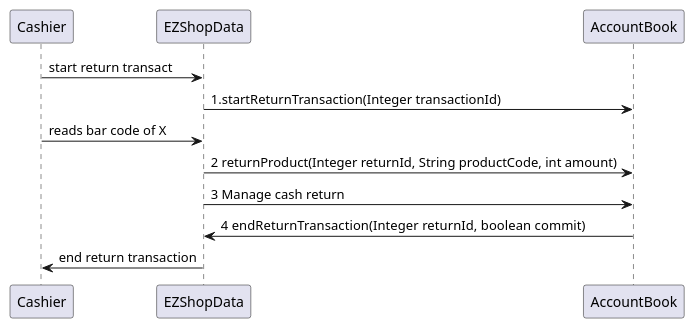
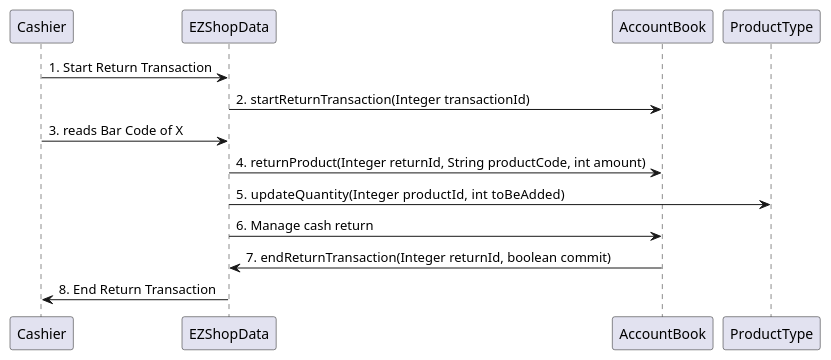
Diagram 28 of 31 in Deliverables/DesignDocument.md (djemar/softeng_ezshop), drawn with PlantUML before and after one commit. The commit also changed other lines of this file, not shown here.

Commit message:
sequence diagram

````diff
--- a/Deliverables/DesignDocument.md
+++ b/Deliverables/DesignDocument.md
@@ -531,11 +538,12 @@
 ```plantuml
-"Cashier" -> "EZShopData" : start return transact
+"Cashier" -> "EZShopData" : 1. Start Return Transaction
 
-"EZShopData" -> "AccountBook": 1.startReturnTransaction(Integer transactionId)
-"Cashier"->  "EZShopData": reads bar code of X
-"EZShopData" -> "AccountBook":2 returnProduct(Integer returnId, String productCode, int amount)
-"EZShopData" -> "AccountBook":3 Manage cash return
-"AccountBook"-> "EZShopData" : 4  endReturnTransaction(Integer returnId, boolean commit)
-"EZShopData" -> "Cashier" : end return transaction
+"EZShopData" -> "AccountBook": 2. startReturnTransaction(Integer transactionId)
+"Cashier"->  "EZShopData": 3. reads Bar Code of X
+"EZShopData" -> "AccountBook":4. returnProduct(Integer returnId, String productCode, int amount)
+"EZShopData" -> "ProductType" : 5.   updateQuantity(Integer productId, int toBeAdded)
+"EZShopData" -> "AccountBook":6. Manage cash return
+"AccountBook"-> "EZShopData" : 7. endReturnTransaction(Integer returnId, boolean commit)
+"EZShopData" -> "Cashier" : 8. End Return Transaction
 
 ```
````
